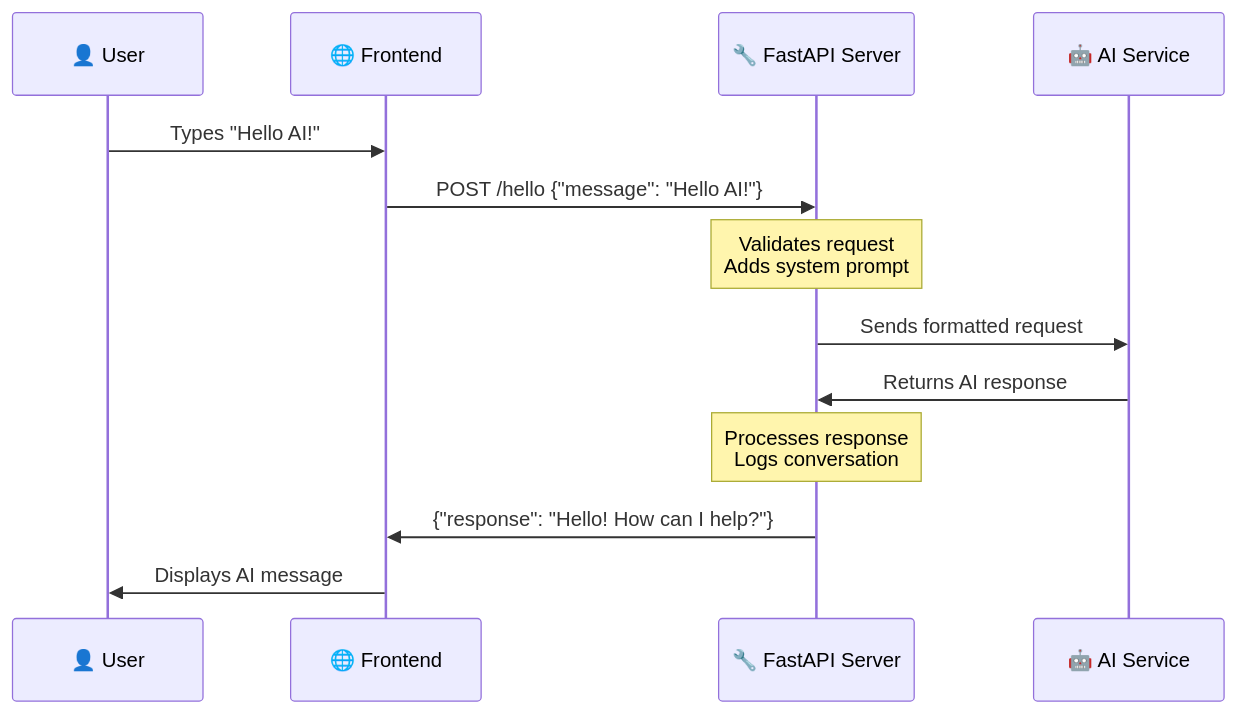
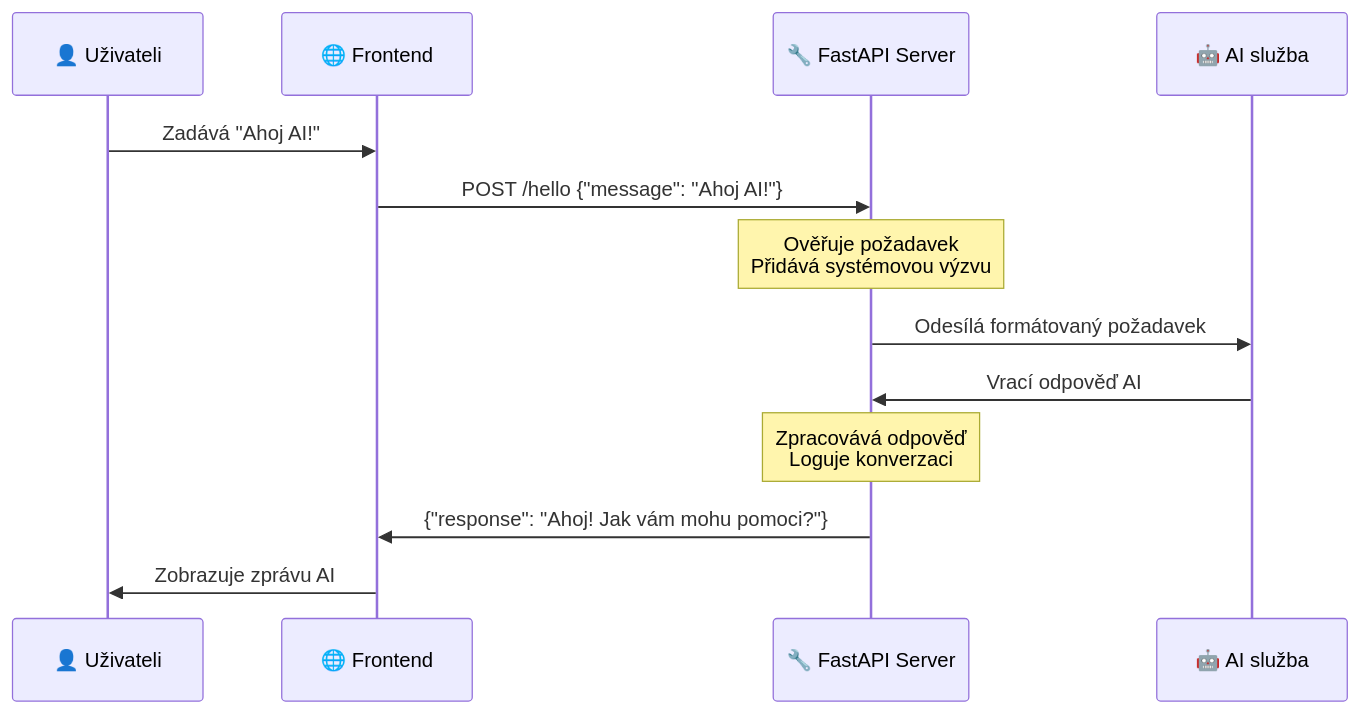
One commit to microsoft/Web-Dev-For-Beginners changed the seventh of 14 diagrams in translations/cs/9-chat-project/README.md. Above: the diagram before and after it, drawn with Mermaid. The commit also changed other lines of this file and 99 other files, not shown here.

````diff
--- a/translations/cs/9-chat-project/README.md
+++ b/translations/cs/9-chat-project/README.md
@@ -484,16 +634,16 @@
 ```mermaid
 sequenceDiagram
-    participant User as 👤 User
+    participant User as 👤 Uživateli
     participant Frontend as 🌐 Frontend
     participant API as 🔧 FastAPI Server
-    participant AI as 🤖 AI Service
+    participant AI as 🤖 AI služba
     
-    User->>Frontend: Types "Hello AI!"
-    Frontend->>API: POST /hello {"message": "Hello AI!"}
-    Note over API: Validates request<br/>Adds system prompt
-    API->>AI: Sends formatted request
-    AI->>API: Returns AI response
-    Note over API: Processes response<br/>Logs conversation
-    API->>Frontend: {"response": "Hello! How can I help?"}
-    Frontend->>User: Displays AI message
-```
+    User->>Frontend: Zadává "Ahoj AI!"
+    Frontend->>API: POST /hello {"message": "Ahoj AI!"}
+    Note over API: Ověřuje požadavek<br/>Přidává systémovou výzvu
+    API->>AI: Odesílá formátovaný požadavek
+    AI->>API: Vrací odpověď AI
+    Note over API: Zpracovává odpověď<br/>Loguje konverzaci
+    API->>Frontend: {"response": "Ahoj! Jak vám mohu pomoci?"}
+    Frontend->>User: Zobrazuje zprávu AI
+```  
````
